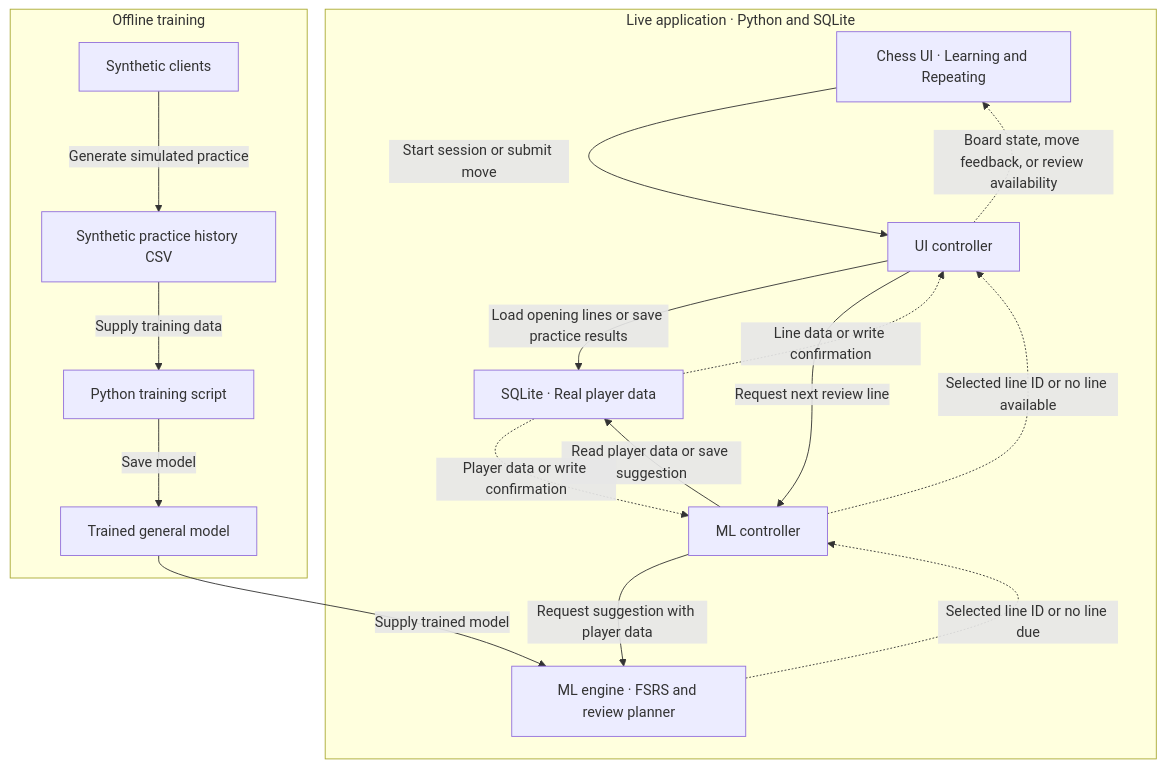
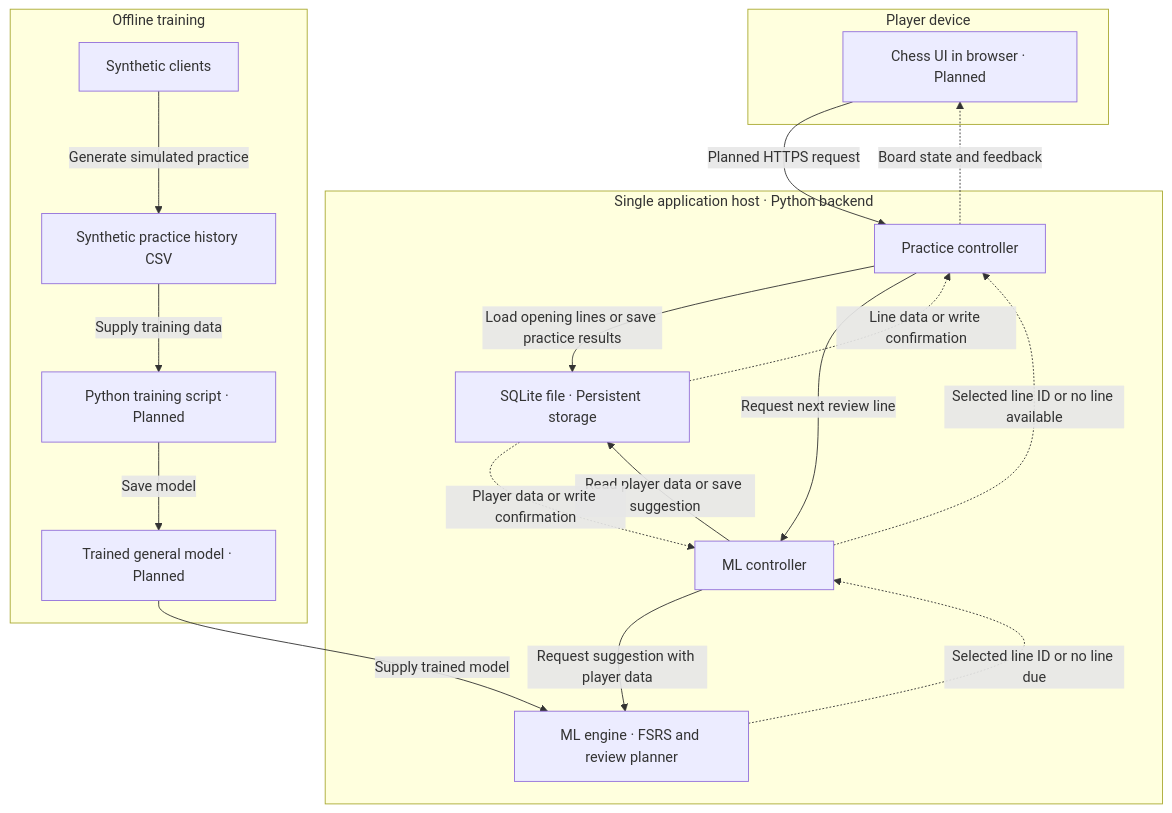
One commit to davszi/Tempo changed the diagram in docs/topics/system-architecture/component-flow.mmd. Above: the diagram before and after it, drawn with Mermaid. The commit also changed 24 other files, not shown here.

```diff
--- a/docs/topics/system-architecture/component-flow.mmd
+++ b/docs/topics/system-architecture/component-flow.mmd
@@ -1,24 +1,26 @@
 flowchart TD
-    subgraph Live["Live application · Python and SQLite"]
-        UI["Chess UI · Learning and Repeating"]
-        UC["UI controller"]
-        DB["SQLite · Real player data"]
+    subgraph Client["Player device"]
+        UI["Chess UI in browser · Planned"]
+    end
+    subgraph Live["Single application host · Python backend"]
+        UC["Practice controller"]
+        DB["SQLite file · Persistent storage"]
         MC["ML controller"]
         ME["ML engine · FSRS and review planner"]
-        UI -->|Start session or submit move| UC
-        UC -.->|Board state, move feedback, or review availability| UI
         UC -->|Load opening lines or save practice results| DB
         DB -.->|Line data or write confirmation| UC
         UC -->|Request next review line| MC
         MC -.->|Selected line ID or no line available| UC
         MC -->|Read player data or save suggestion| DB
         DB -.->|Player data or write confirmation| MC
         MC -->|Request suggestion with player data| ME
         ME -.->|Selected line ID or no line due| MC
     end
+    UI -->|Planned HTTPS request| UC
+    UC -.->|Board state and feedback| UI
     subgraph Offline["Offline training"]
         SC["Synthetic clients"] -->|Generate simulated practice| CSV["Synthetic practice history CSV"]
-        CSV -->|Supply training data| TS["Python training script"]
-        TS -->|Save model| MODEL["Trained general model"]
+        CSV -->|Supply training data| TS["Python training script · Planned"]
+        TS -->|Save model| MODEL["Trained general model · Planned"]
     end
     MODEL -->|Supply trained model| ME
```
